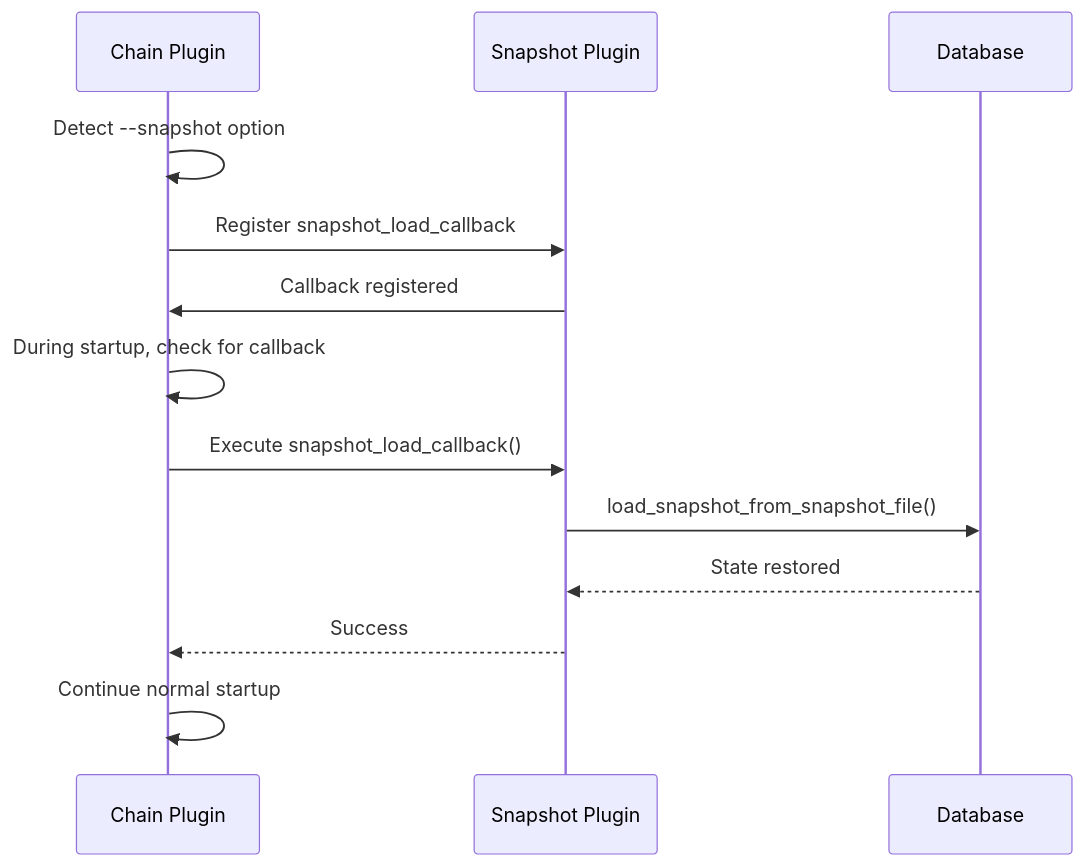
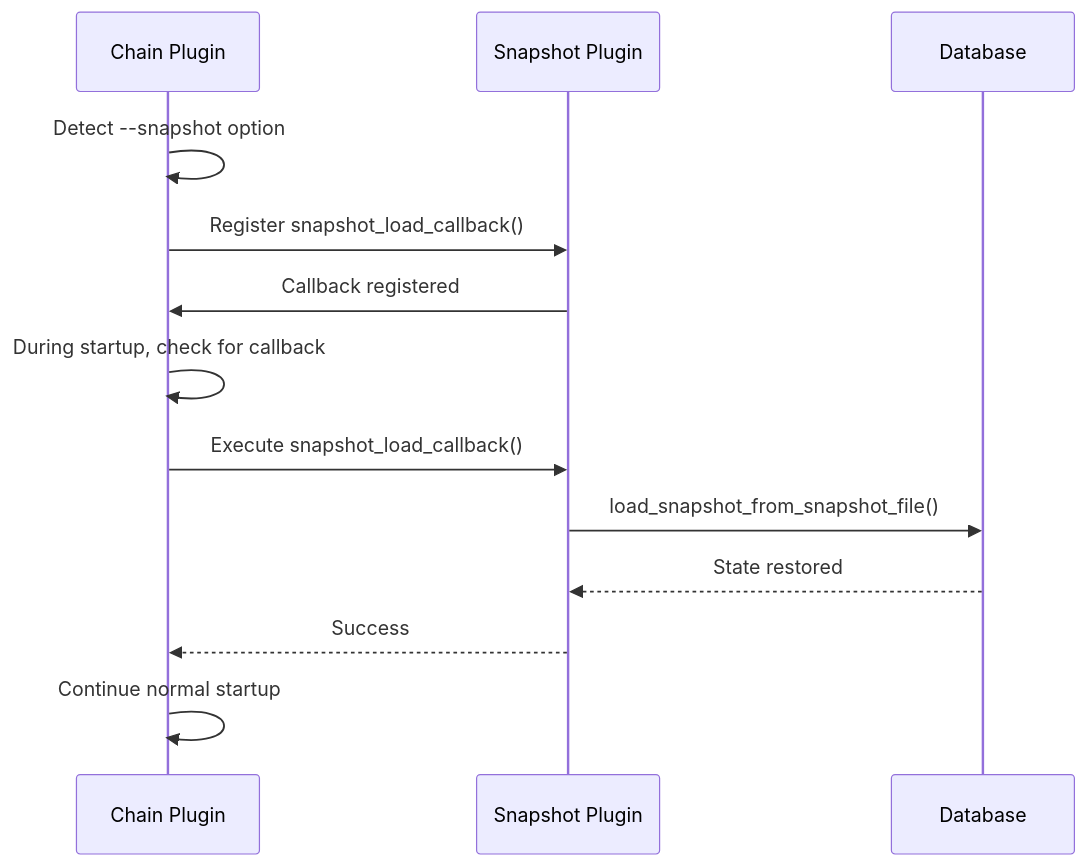
Diagram 20 of 21 in .qoder/repowiki/en/content/Plugin System/Snapshot Plugin System.md (VIZ-Blockchain/viz-cpp-node), drawn with Mermaid before and after one commit. The commit also changed other lines of this file and 2 other files, not shown here.

````diff
--- a/.qoder/repowiki/en/content/Plugin System/Snapshot Plugin System.md
+++ b/.qoder/repowiki/en/content/Plugin System/Snapshot Plugin System.md
@@ -1285,15 +1248,15 @@
 ```mermaid
 sequenceDiagram
 participant Chain as Chain Plugin
 participant Snapshot as Snapshot Plugin
 participant DB as Database
 Chain->>Chain : Detect --snapshot option
-Chain->>Snapshot : Register snapshot_load_callback
+Chain->>Snapshot : Register snapshot_load_callback()
 Snapshot->>Chain : Callback registered
 Chain->>Chain : During startup, check for callback
 Chain->>Snapshot : Execute snapshot_load_callback()
 Snapshot->>DB : load_snapshot_from_snapshot_file()
 DB-->>Snapshot : State restored
 Snapshot-->>Chain : Success
 Chain->>Chain : Continue normal startup
 ```
````
